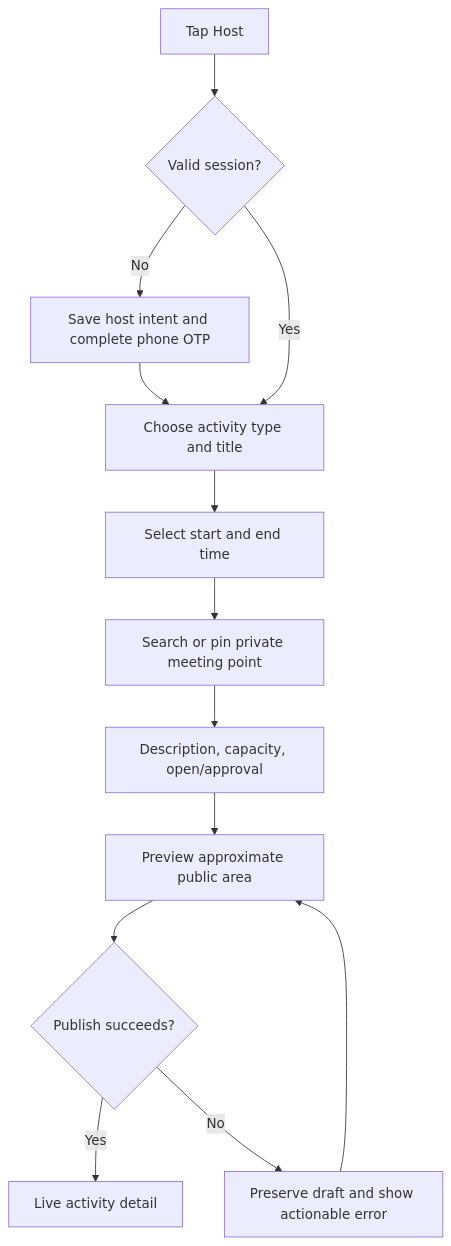
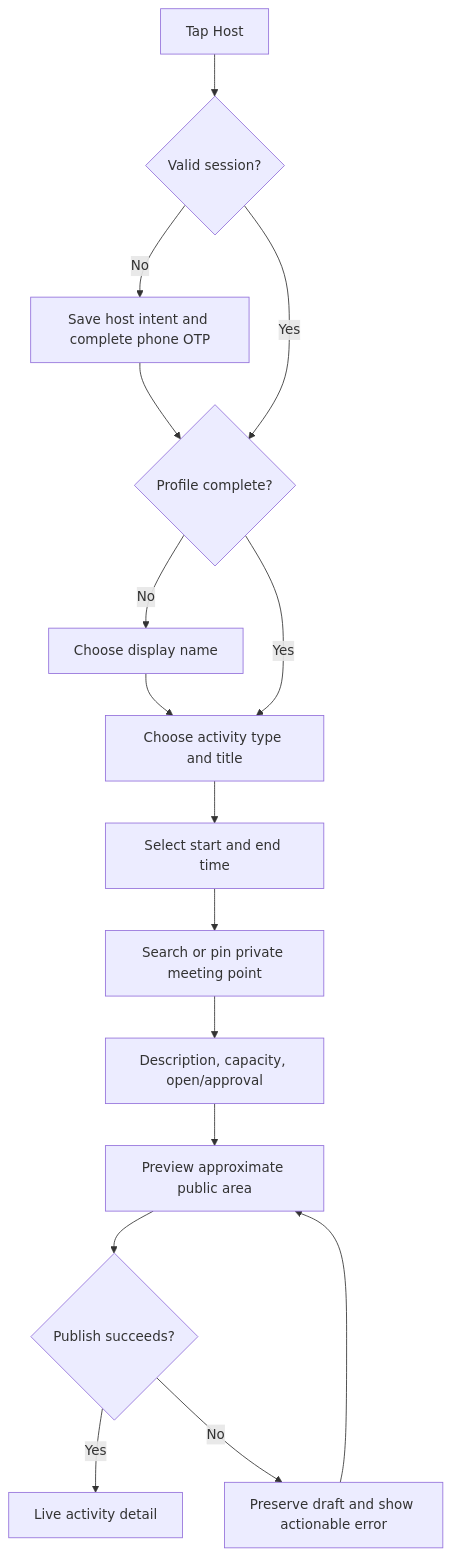
The third of 6 diagrams in docs/ux-flows.md (ansh0eman/NearHere), drawn with Mermaid before and after one commit. The commit also changed other lines of this file and 33 other files, not shown here.

````diff
--- a/docs/ux-flows.md
+++ b/docs/ux-flows.md
@@ -49,15 +56,18 @@
 ```mermaid
 flowchart TD
     MAP["Tap Host"] --> SESSION{"Valid session?"}
     SESSION -->|"No"| AUTH["Save host intent and complete phone OTP"]
-    AUTH --> BASICS
-    SESSION -->|"Yes"| BASICS["Choose activity type and title"]
+    AUTH --> PROFILE{"Profile complete?"}
+    SESSION -->|"Yes"| PROFILE
+    PROFILE -->|"No"| ONBOARD["Choose display name"]
+    ONBOARD --> BASICS
+    PROFILE -->|"Yes"| BASICS["Choose activity type and title"]
     BASICS --> TIME["Select start and end time"]
     TIME --> PLACE["Search or pin private meeting point"]
     PLACE --> RULES["Description, capacity, open/approval"]
     RULES --> PREVIEW["Preview approximate public area"]
     PREVIEW --> PUBLISH{"Publish succeeds?"}
     PUBLISH -->|"Yes"| LIVE["Live activity detail"]
     PUBLISH -->|"No"| RECOVER["Preserve draft and show actionable error"]
     RECOVER --> PREVIEW
 ```
````
